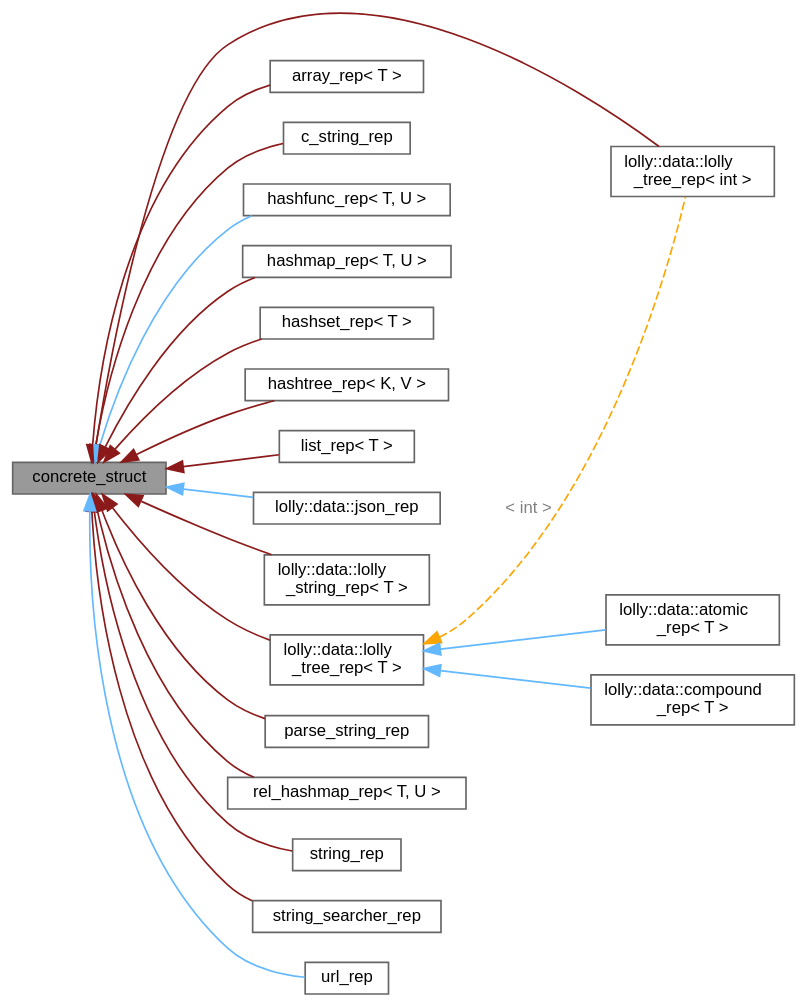
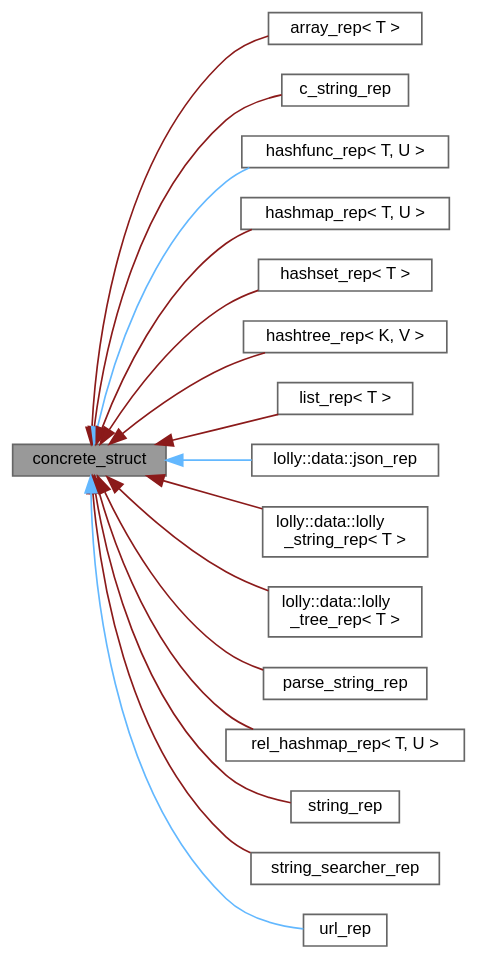
One commit to XmacsLabs/lolly changed the diagram in structconcrete__struct__inherit__graph.dot. Above: the diagram before and after it, drawn with Graphviz. The commit also changed 824 other files, not shown here.

```diff
--- a/structconcrete__struct__inherit__graph.dot
+++ b/structconcrete__struct__inherit__graph.dot
@@ -1,46 +1,39 @@
 digraph "concrete_struct"
 {
  // LATEX_PDF_SIZE
   bgcolor="transparent";
   edge [fontname=Helvetica,fontsize=10,labelfontname=Helvetica,labelfontsize=10];
   node [fontname=Helvetica,fontsize=10,shape=box,height=0.2,width=0.4];
   rankdir="LR";
   Node1 [id="Node000001",label="concrete_struct",height=0.2,width=0.4,color="gray40", fillcolor="grey60", style="filled", fontcolor="black",tooltip="Structure representing a concrete object with a reference count."];
   Node1 -> Node2 [id="edge1_Node000001_Node000002",dir="back",color="firebrick4",style="solid",tooltip=" "];
-  Node2 [id="Node000002",label="lolly::data::lolly\l_tree_rep\< int \>",height=0.2,width=0.4,color="gray40", fillcolor="white", style="filled",URL="$classlolly_1_1data_1_1lolly__tree__rep.html",tooltip=" "];
+  Node2 [id="Node000002",label="array_rep\< T \>",height=0.2,width=0.4,color="gray40", fillcolor="white", style="filled",URL="$classarray__rep.html",tooltip="A concrete struct representing the implementation of an array."];
   Node1 -> Node3 [id="edge2_Node000001_Node000003",dir="back",color="firebrick4",style="solid",tooltip=" "];
-  Node3 [id="Node000003",label="array_rep\< T \>",height=0.2,width=0.4,color="gray40", fillcolor="white", style="filled",URL="$classarray__rep.html",tooltip="A concrete struct representing the implementation of an array."];
-  Node1 -> Node4 [id="edge3_Node000001_Node000004",dir="back",color="firebrick4",style="solid",tooltip=" "];
-  Node4 [id="Node000004",label="c_string_rep",height=0.2,width=0.4,color="gray40", fillcolor="white", style="filled",URL="$classc__string__rep.html",tooltip=" "];
-  Node1 -> Node5 [id="edge4_Node000001_Node000005",dir="back",color="steelblue1",style="solid",tooltip=" "];
-  Node5 [id="Node000005",label="hashfunc_rep\< T, U \>",height=0.2,width=0.4,color="gray40", fillcolor="white", style="filled",URL="$classhashfunc__rep.html",tooltip="A concrete implementation of a hash function for a given type."];
+  Node3 [id="Node000003",label="c_string_rep",height=0.2,width=0.4,color="gray40", fillcolor="white", style="filled",URL="$classc__string__rep.html",tooltip=" "];
+  Node1 -> Node4 [id="edge3_Node000001_Node000004",dir="back",color="steelblue1",style="solid",tooltip=" "];
+  Node4 [id="Node000004",label="hashfunc_rep\< T, U \>",height=0.2,width=0.4,color="gray40", fillcolor="white", style="filled",URL="$classhashfunc__rep.html",tooltip="A concrete implementation of a hash function for a given type."];
+  Node1 -> Node5 [id="edge4_Node000001_Node000005",dir="back",color="firebrick4",style="solid",tooltip=" "];
+  Node5 [id="Node000005",label="hashmap_rep\< T, U \>",height=0.2,width=0.4,color="gray40", fillcolor="white", style="filled",URL="$classhashmap__rep.html",tooltip=" "];
   Node1 -> Node6 [id="edge5_Node000001_Node000006",dir="back",color="firebrick4",style="solid",tooltip=" "];
-  Node6 [id="Node000006",label="hashmap_rep\< T, U \>",height=0.2,width=0.4,color="gray40", fillcolor="white", style="filled",URL="$classhashmap__rep.html",tooltip=" "];
+  Node6 [id="Node000006",label="hashset_rep\< T \>",height=0.2,width=0.4,color="gray40", fillcolor="white", style="filled",URL="$classhashset__rep.html",tooltip="The hashset_rep class represents an entry in a hash set."];
   Node1 -> Node7 [id="edge6_Node000001_Node000007",dir="back",color="firebrick4",style="solid",tooltip=" "];
-  Node7 [id="Node000007",label="hashset_rep\< T \>",height=0.2,width=0.4,color="gray40", fillcolor="white", style="filled",URL="$classhashset__rep.html",tooltip="The hashset_rep class represents an entry in a hash set."];
+  Node7 [id="Node000007",label="hashtree_rep\< K, V \>",height=0.2,width=0.4,color="gray40", fillcolor="white", style="filled",URL="$classhashtree__rep.html",tooltip=" "];
   Node1 -> Node8 [id="edge7_Node000001_Node000008",dir="back",color="firebrick4",style="solid",tooltip=" "];
-  Node8 [id="Node000008",label="hashtree_rep\< K, V \>",height=0.2,width=0.4,color="gray40", fillcolor="white", style="filled",URL="$classhashtree__rep.html",tooltip=" "];
-  Node1 -> Node9 [id="edge8_Node000001_Node000009",dir="back",color="firebrick4",style="solid",tooltip=" "];
-  Node9 [id="Node000009",label="list_rep\< T \>",height=0.2,width=0.4,color="gray40", fillcolor="white", style="filled",URL="$classlist__rep.html",tooltip="The list_rep class represents a node in a linked list."];
-  Node1 -> Node10 [id="edge9_Node000001_Node000010",dir="back",color="steelblue1",style="solid",tooltip=" "];
-  Node10 [id="Node000010",label="lolly::data::json_rep",height=0.2,width=0.4,color="gray40", fillcolor="white", style="filled",URL="$structlolly_1_1data_1_1json__rep.html",tooltip=" "];
+  Node8 [id="Node000008",label="list_rep\< T \>",height=0.2,width=0.4,color="gray40", fillcolor="white", style="filled",URL="$classlist__rep.html",tooltip="The list_rep class represents a node in a linked list."];
+  Node1 -> Node9 [id="edge8_Node000001_Node000009",dir="back",color="steelblue1",style="solid",tooltip=" "];
+  Node9 [id="Node000009",label="lolly::data::json_rep",height=0.2,width=0.4,color="gray40", fillcolor="white", style="filled",URL="$structlolly_1_1data_1_1json__rep.html",tooltip=" "];
+  Node1 -> Node10 [id="edge9_Node000001_Node000010",dir="back",color="firebrick4",style="solid",tooltip=" "];
+  Node10 [id="Node000010",label="lolly::data::lolly\l_string_rep\< T \>",height=0.2,width=0.4,color="gray40", fillcolor="white", style="filled",URL="$classlolly_1_1data_1_1lolly__string__rep.html",tooltip=" "];
   Node1 -> Node11 [id="edge10_Node000001_Node000011",dir="back",color="firebrick4",style="solid",tooltip=" "];
-  Node11 [id="Node000011",label="lolly::data::lolly\l_string_rep\< T \>",height=0.2,width=0.4,color="gray40", fillcolor="white", style="filled",URL="$classlolly_1_1data_1_1lolly__string__rep.html",tooltip=" "];
+  Node11 [id="Node000011",label="lolly::data::lolly\l_tree_rep\< T \>",height=0.2,width=0.4,color="gray40", fillcolor="white", style="filled",URL="$classlolly_1_1data_1_1lolly__tree__rep.html",tooltip=" "];
   Node1 -> Node12 [id="edge11_Node000001_Node000012",dir="back",color="firebrick4",style="solid",tooltip=" "];
-  Node12 [id="Node000012",label="lolly::data::lolly\l_tree_rep\< T \>",height=0.2,width=0.4,color="gray40", fillcolor="white", style="filled",URL="$classlolly_1_1data_1_1lolly__tree__rep.html",tooltip=" "];
-  Node12 -> Node13 [id="edge12_Node000012_Node000013",dir="back",color="steelblue1",style="solid",tooltip=" "];
-  Node13 [id="Node000013",label="lolly::data::atomic\l_rep\< T \>",height=0.2,width=0.4,color="gray40", fillcolor="white", style="filled",URL="$classlolly_1_1data_1_1atomic__rep.html",tooltip=" "];
-  Node12 -> Node14 [id="edge13_Node000012_Node000014",dir="back",color="steelblue1",style="solid",tooltip=" "];
-  Node14 [id="Node000014",label="lolly::data::compound\l_rep\< T \>",height=0.2,width=0.4,color="gray40", fillcolor="white", style="filled",URL="$classlolly_1_1data_1_1compound__rep.html",tooltip=" "];
-  Node12 -> Node2 [id="edge14_Node000012_Node000002",dir="back",color="orange",style="dashed",tooltip=" ",label=" \< int \>",fontcolor="grey" ];
-  Node1 -> Node15 [id="edge15_Node000001_Node000015",dir="back",color="firebrick4",style="solid",tooltip=" "];
-  Node15 [id="Node000015",label="parse_string_rep",height=0.2,width=0.4,color="gray40", fillcolor="white", style="filled",URL="$classparse__string__rep.html",tooltip=" "];
-  Node1 -> Node16 [id="edge16_Node000001_Node000016",dir="back",color="firebrick4",style="solid",tooltip=" "];
-  Node16 [id="Node000016",label="rel_hashmap_rep\< T, U \>",height=0.2,width=0.4,color="gray40", fillcolor="white", style="filled",URL="$classrel__hashmap__rep.html",tooltip=" "];
-  Node1 -> Node17 [id="edge17_Node000001_Node000017",dir="back",color="firebrick4",style="solid",tooltip=" "];
-  Node17 [id="Node000017",label="string_rep",height=0.2,width=0.4,color="gray40", fillcolor="white", style="filled",URL="$classstring__rep.html",tooltip=" "];
-  Node1 -> Node18 [id="edge18_Node000001_Node000018",dir="back",color="firebrick4",style="solid",tooltip=" "];
-  Node18 [id="Node000018",label="string_searcher_rep",height=0.2,width=0.4,color="gray40", fillcolor="white", style="filled",URL="$classstring__searcher__rep.html",tooltip=" "];
-  Node1 -> Node19 [id="edge19_Node000001_Node000019",dir="back",color="steelblue1",style="solid",tooltip=" "];
-  Node19 [id="Node000019",label="url_rep",height=0.2,width=0.4,color="gray40", fillcolor="white", style="filled",URL="$structurl__rep.html",tooltip=" "];
+  Node12 [id="Node000012",label="parse_string_rep",height=0.2,width=0.4,color="gray40", fillcolor="white", style="filled",URL="$classparse__string__rep.html",tooltip=" "];
+  Node1 -> Node13 [id="edge12_Node000001_Node000013",dir="back",color="firebrick4",style="solid",tooltip=" "];
+  Node13 [id="Node000013",label="rel_hashmap_rep\< T, U \>",height=0.2,width=0.4,color="gray40", fillcolor="white", style="filled",URL="$classrel__hashmap__rep.html",tooltip=" "];
+  Node1 -> Node14 [id="edge13_Node000001_Node000014",dir="back",color="firebrick4",style="solid",tooltip=" "];
+  Node14 [id="Node000014",label="string_rep",height=0.2,width=0.4,color="gray40", fillcolor="white", style="filled",URL="$classstring__rep.html",tooltip=" "];
+  Node1 -> Node15 [id="edge14_Node000001_Node000015",dir="back",color="firebrick4",style="solid",tooltip=" "];
+  Node15 [id="Node000015",label="string_searcher_rep",height=0.2,width=0.4,color="gray40", fillcolor="white", style="filled",URL="$classstring__searcher__rep.html",tooltip=" "];
+  Node1 -> Node16 [id="edge15_Node000001_Node000016",dir="back",color="steelblue1",style="solid",tooltip=" "];
+  Node16 [id="Node000016",label="url_rep",height=0.2,width=0.4,color="gray40", fillcolor="white", style="filled",URL="$structurl__rep.html",tooltip=" "];
 }
```
